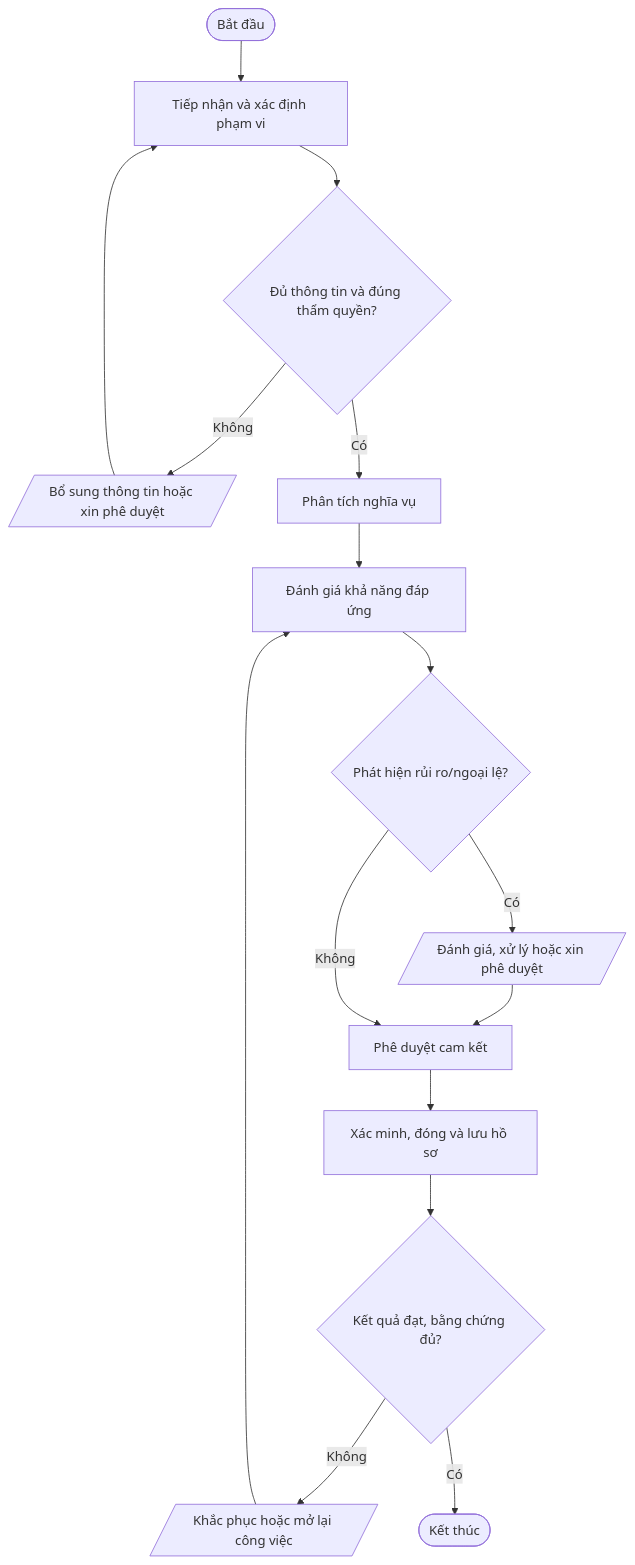
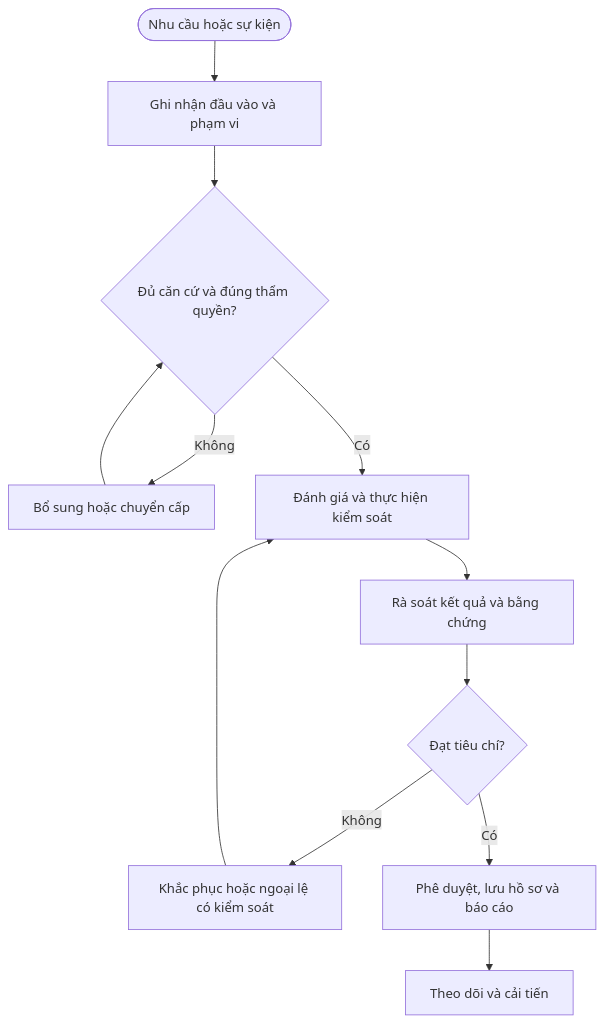
Before and after one commit to daoaigiangnam/Quy_Trinh_Chuan: the diagram in quy-trinh/chi-tiet/QT-ISMS-03.md, drawn with Mermaid. The commit also changed other lines of this file, not shown here.

````diff
--- a/quy-trinh/chi-tiet/QT-ISMS-03.md
+++ b/quy-trinh/chi-tiet/QT-ISMS-03.md
@@ -31,18 +121,14 @@
 ```mermaid
 flowchart TD
-  A([Bắt đầu]) --> S1["Tiếp nhận và xác định phạm vi"]
-  S1 --> D1{"Đủ thông tin và đúng thẩm quyền?"}
-  D1 -- Không --> F1[/"Bổ sung thông tin hoặc xin phê duyệt"/]
-  F1 --> S1
-  D1 -- Có --> S2["Phân tích nghĩa vụ"]
-  S2 --> S3["Đánh giá khả năng đáp ứng"]
-  S3 --> D2{"Phát hiện rủi ro/ngoại lệ?"}
-  D2 -- Có --> RISK[/"Đánh giá, xử lý hoặc xin phê duyệt"/]
-  RISK --> S4["Phê duyệt cam kết"]
-  D2 -- Không --> S4
-  S4 --> S5["Xác minh, đóng và lưu hồ sơ"]
-  S5 --> D3{"Kết quả đạt, bằng chứng đủ?"}
-  D3 -- Không --> R[/"Khắc phục hoặc mở lại công việc"/]
-  R --> S3
-  D3 -- Có --> Z([Kết thúc])
+ A([Nhu cầu hoặc sự kiện]) --> B[Ghi nhận đầu vào và phạm vi]
+ B --> C{Đủ căn cứ và đúng thẩm quyền?}
+ C -- Không --> D[Bổ sung hoặc chuyển cấp]
+ D --> C
+ C -- Có --> E[Đánh giá và thực hiện kiểm soát]
+ E --> F[Rà soát kết quả và bằng chứng]
+ F --> G{Đạt tiêu chí?}
+ G -- Không --> H[Khắc phục hoặc ngoại lệ có kiểm soát]
+ H --> E
+ G -- Có --> I[Phê duyệt, lưu hồ sơ và báo cáo]
+ I --> J[Theo dõi và cải tiến]
 ```
````
